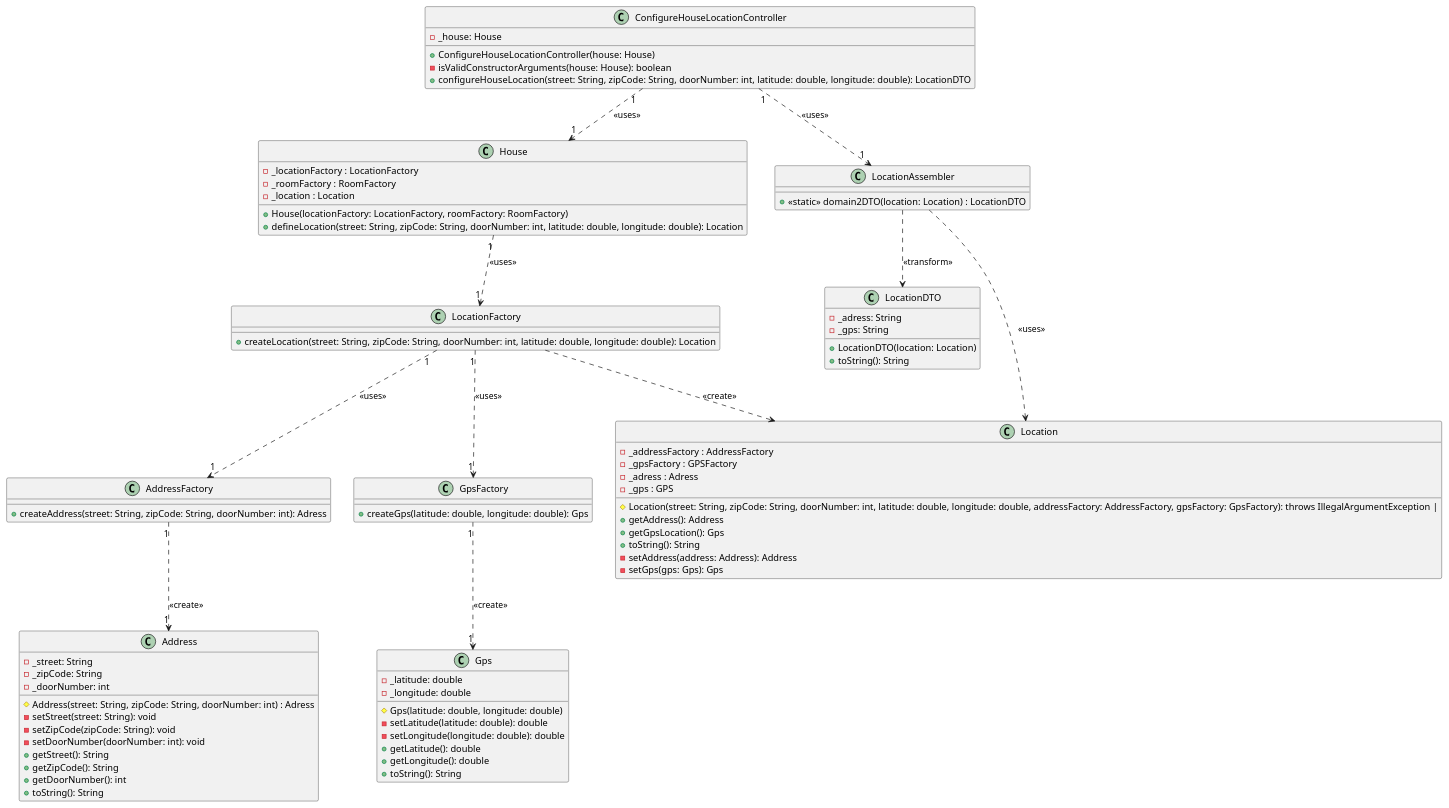
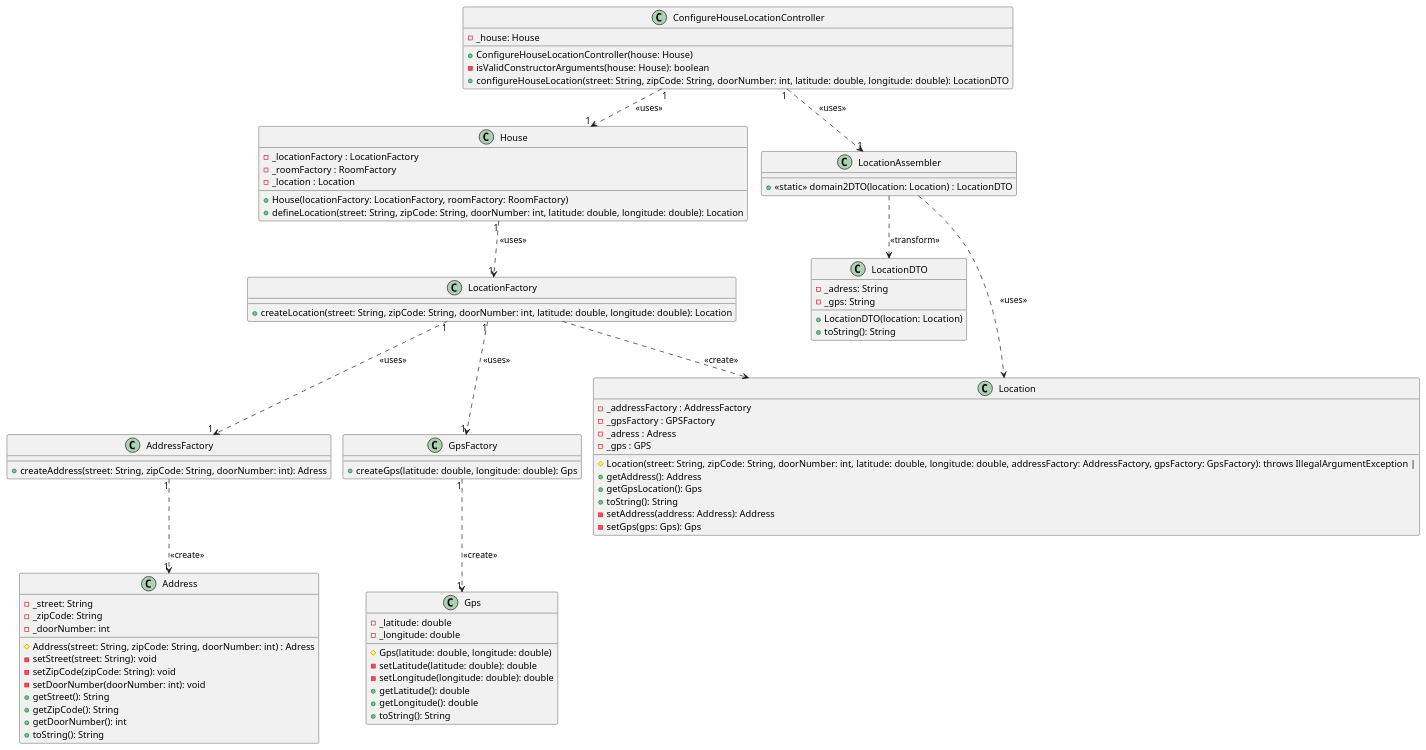
The diagram in docs/ood/classDiagram/US01ConfigureHouseLocation.puml (olivDiogo/SmartHome), drawn with PlantUML before and after one commit. The commit also changed 2 other files, not shown here.

```diff
--- a/docs/ood/classDiagram/US01ConfigureHouseLocation.puml
+++ b/docs/ood/classDiagram/US01ConfigureHouseLocation.puml
@@ -1,116 +1,116 @@
 @startuml
-'https://plantuml.com/class-diagram
+!pragma layout smetana
 
 class ConfigureHouseLocationController{
 'Attributes'
 - _house: House
 
 'Methods'
 + ConfigureHouseLocationController(house: House)
 - isValidConstructorArguments(house: House): boolean
 + configureHouseLocation(street: String, zipCode: String, doorNumber: int, latitude: double, longitude: double): LocationDTO
 }
 
 class House {
 
 'Attributes'
 - _locationFactory : LocationFactory
 - _roomFactory : RoomFactory
 - _location : Location
 
 'Methods'
 + House(locationFactory: LocationFactory, roomFactory: RoomFactory)
 + defineLocation(street: String, zipCode: String, doorNumber: int, latitude: double, longitude: double): Location
 }
 
 class Location {
 
 'Attributes'
 - _addressFactory : AddressFactory
 - _gpsFactory : GPSFactory
 - _adress : Adress
 - _gps : GPS
 
 'Methods'
 # Location(street: String, zipCode: String, doorNumber: int, latitude: double, longitude: double, addressFactory: AddressFactory, gpsFactory: GpsFactory): throws IllegalArgumentException |
 + getAddress(): Address
 + getGpsLocation(): Gps
 + toString(): String
 - setAddress(address: Address): Address
 - setGps(gps: Gps): Gps
 }
 
 class LocationFactory{
 'Methods'
 + createLocation(street: String, zipCode: String, doorNumber: int, latitude: double, longitude: double): Location
 }
 
 class LocationAssembler{
 'Methods'
 + <<static>> domain2DTO(location: Location) : LocationDTO
 }
 
 class LocationDTO {
 'Attributes'
 - _adress: String
 - _gps: String
 
 'Methods'
 + LocationDTO(location: Location)
 + toString(): String
 }
 
 
 class Address {
 'Attributes'
 - _street: String
 - _zipCode: String
 - _doorNumber: int
 
 'Methods'
 # Address(street: String, zipCode: String, doorNumber: int) : Adress
 - setStreet(street: String): void
 - setZipCode(zipCode: String): void
 - setDoorNumber(doorNumber: int): void
 + getStreet(): String
 + getZipCode(): String
 + getDoorNumber(): int
 + toString(): String
 }
 
 class AddressFactory{
 'Methods'
 + createAddress(street: String, zipCode: String, doorNumber: int): Adress
 }
 
 class Gps {
 'Attributes'
 - _latitude: double
 - _longitude: double
 
 'Methods'
 # Gps(latitude: double, longitude: double)
 - setLatitude(latitude: double): double
 - setLongitude(longitude: double): double
 + getLatitude(): double
 + getLongitude(): double
 + toString(): String
 }
 
 class GpsFactory{
 'Methods'
 + createGps(latitude: double, longitude: double): Gps
 }
 
 ConfigureHouseLocationController "1"..>"1"House : <<uses>>
 ConfigureHouseLocationController "1"..>"1"LocationAssembler : <<uses>>
 House "1"..>"1" LocationFactory : <<uses>>
 AddressFactory "1"..>"1" Address: <<create>>
 GpsFactory "1"..>"1" Gps: <<create>>
 LocationFactory "1"..>"1" AddressFactory : <<uses>>
 LocationFactory "1"..>"1" GpsFactory : <<uses>>
 LocationFactory ..> Location: <<create>>
 LocationAssembler ..> Location: <<uses>>
 LocationAssembler ..> LocationDTO: <<transform>>
 
 @enduml
```
